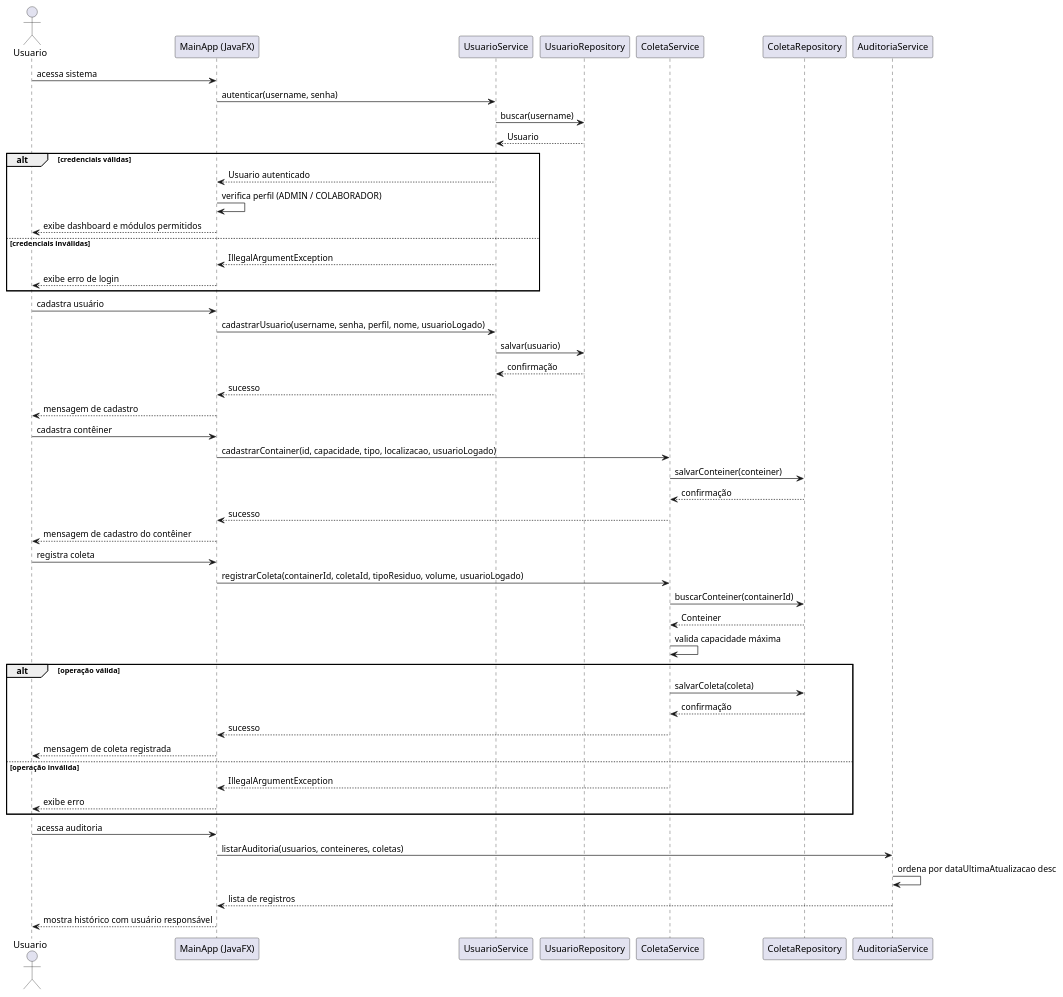
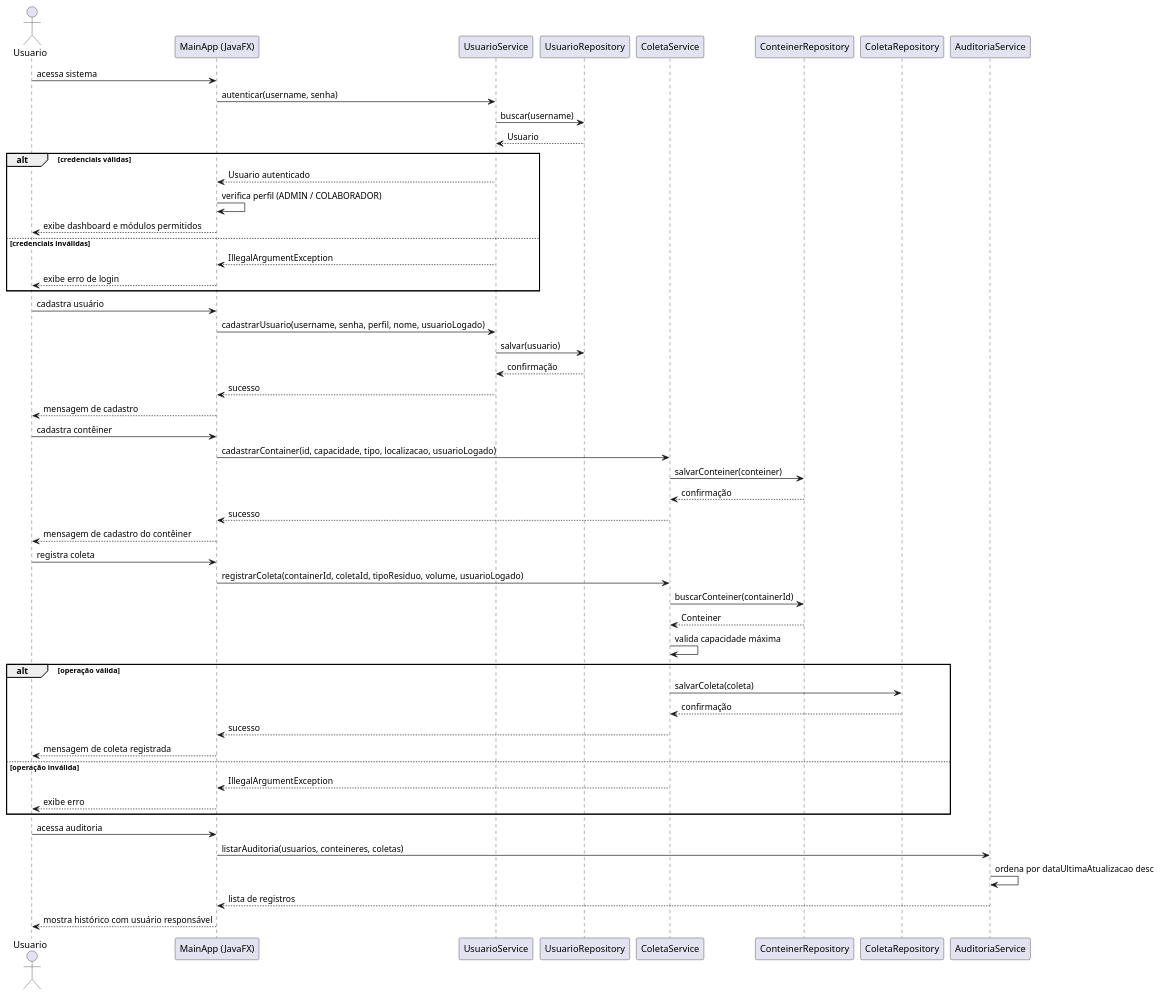
The diagram in docs/diagramaSequencia.puml (RiquelmiDev/Projeto_Final_POO_IFBA), drawn with PlantUML before and after one commit. The commit also changed 1 other file, not shown here.

Commit message:
feat: atualizar diagramas para incluir o repositório de contêiner e ajustar interações no diagrama de sequência

```diff
--- a/docs/diagramaSequencia.puml
+++ b/docs/diagramaSequencia.puml
@@ -1,57 +1,58 @@
 @startuml
 actor Usuario
 participant "MainApp (JavaFX)" as UI
 participant "UsuarioService" as UsuarioService
 participant "UsuarioRepository" as UsuarioRepo
 participant "ColetaService" as ColetaService
+participant "ConteinerRepository" as ConteinerRepo
 participant "ColetaRepository" as ColetaRepo
 participant "AuditoriaService" as AuditoriaService
 
 Usuario -> UI: acessa sistema
 UI -> UsuarioService: autenticar(username, senha)
 UsuarioService -> UsuarioRepo: buscar(username)
 UsuarioRepo --> UsuarioService: Usuario
 alt credenciais válidas
   UsuarioService --> UI: Usuario autenticado
   UI -> UI: verifica perfil (ADMIN / COLABORADOR)
   UI --> Usuario: exibe dashboard e módulos permitidos
 else credenciais inválidas
   UsuarioService --> UI: IllegalArgumentException
   UI --> Usuario: exibe erro de login
 end
 
 Usuario -> UI: cadastra usuário
 UI -> UsuarioService: cadastrarUsuario(username, senha, perfil, nome, usuarioLogado)
 UsuarioService -> UsuarioRepo: salvar(usuario)
 UsuarioRepo --> UsuarioService: confirmação
 UsuarioService --> UI: sucesso
 UI --> Usuario: mensagem de cadastro
 
 Usuario -> UI: cadastra contêiner
 UI -> ColetaService: cadastrarContainer(id, capacidade, tipo, localizacao, usuarioLogado)
-ColetaService -> ColetaRepo: salvarConteiner(conteiner)
-ColetaRepo --> ColetaService: confirmação
+ColetaService -> ConteinerRepo: salvarConteiner(conteiner)
+ConteinerRepo --> ColetaService: confirmação
 ColetaService --> UI: sucesso
 UI --> Usuario: mensagem de cadastro do contêiner
 
 Usuario -> UI: registra coleta
 UI -> ColetaService: registrarColeta(containerId, coletaId, tipoResiduo, volume, usuarioLogado)
-ColetaService -> ColetaRepo: buscarConteiner(containerId)
-ColetaRepo --> ColetaService: Conteiner
+ColetaService -> ConteinerRepo: buscarConteiner(containerId)
+ConteinerRepo --> ColetaService: Conteiner
 ColetaService -> ColetaService: valida capacidade máxima
 alt operação válida
   ColetaService -> ColetaRepo: salvarColeta(coleta)
   ColetaRepo --> ColetaService: confirmação
   ColetaService --> UI: sucesso
   UI --> Usuario: mensagem de coleta registrada
 else operação inválida
   ColetaService --> UI: IllegalArgumentException
   UI --> Usuario: exibe erro
 end
 
 Usuario -> UI: acessa auditoria
 UI -> AuditoriaService: listarAuditoria(usuarios, conteineres, coletas)
 AuditoriaService -> AuditoriaService: ordena por dataUltimaAtualizacao desc
 AuditoriaService --> UI: lista de registros
 UI --> Usuario: mostra histórico com usuário responsável
 @enduml
```
